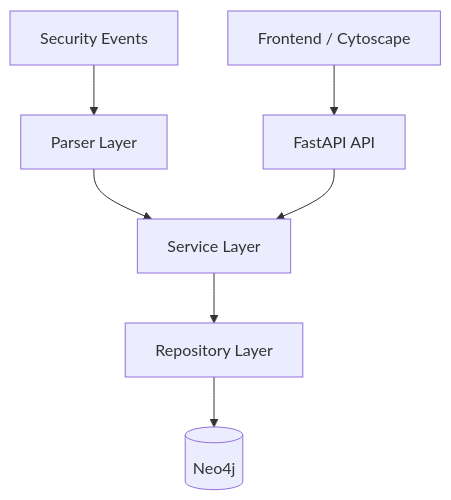
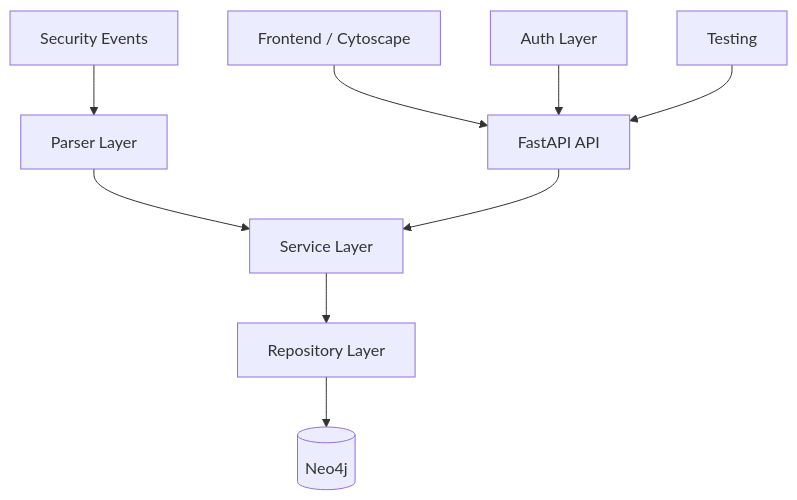
The diagram in docs/architecture.md (Nefen22/entity-management-for-soc), drawn with Mermaid before and after one commit. The commit also changed other lines of this file and 2 other files, not shown here.

````diff
--- a/docs/architecture.md
+++ b/docs/architecture.md
@@ -1,11 +1,13 @@
 ```mermaid
 flowchart TD
 
 A[Security Events] --> B[Parser Layer]
 B --> C[Service Layer]
 F[FastAPI API] --> C
 C --> D[Repository Layer]
 D --> E[(Neo4j)]
 
 G[Frontend / Cytoscape] --> F
+H[Auth Layer] --> F
+I[Testing] --> F
 ```
````
